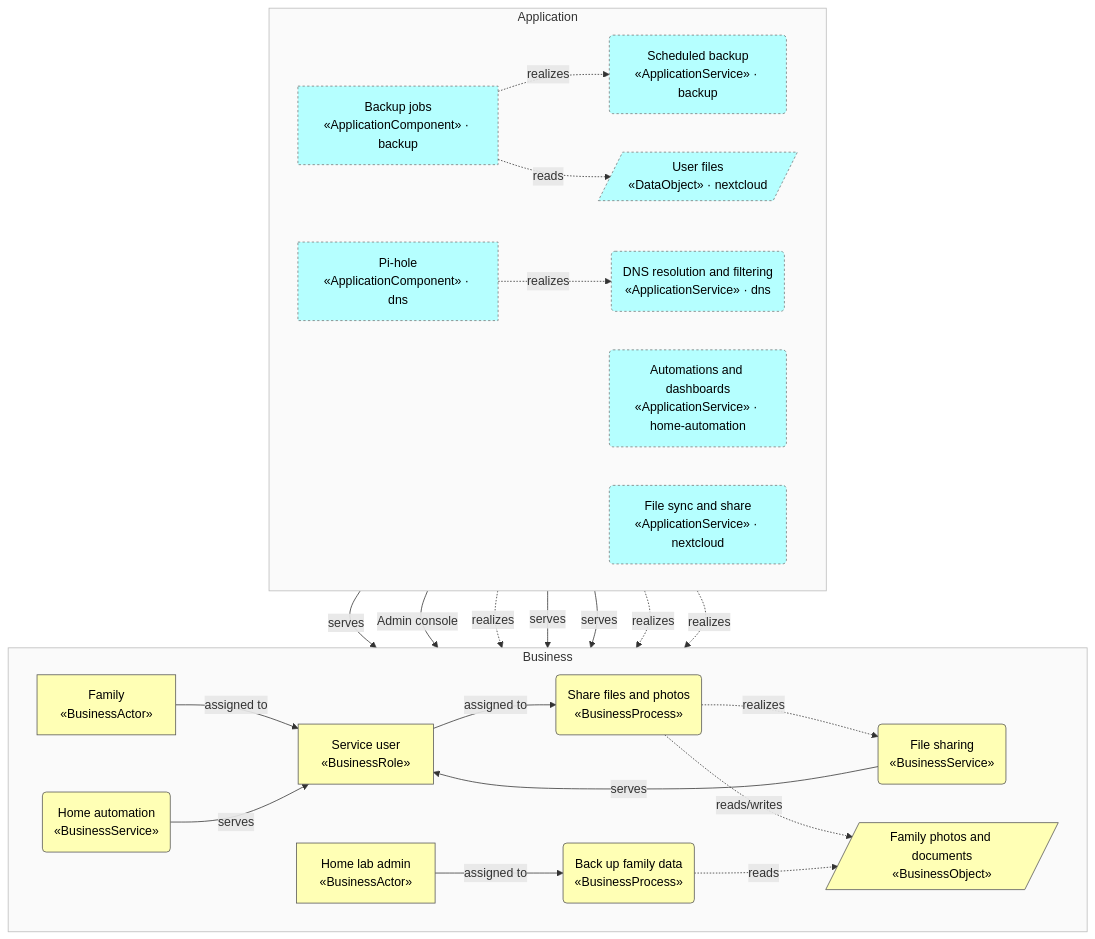
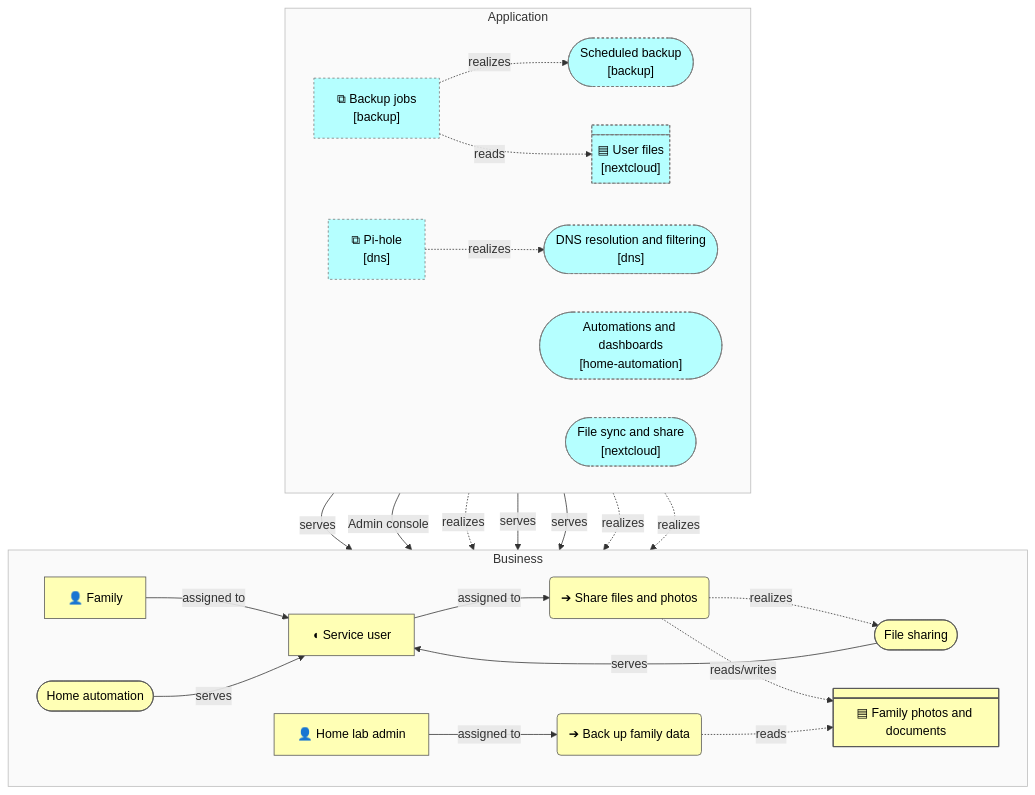
Before and after one commit to b-zig/a4m: the second of 3 diagrams in docs/enterprise/view-business.md, drawn with Mermaid. The commit also changed other lines of this file and 15 other files, not shown here.

First line of the commit message:
Approximate ArchiMate notation in Mermaid flowcharts

````diff
--- a/docs/enterprise/view-business.md
+++ b/docs/enterprise/view-business.md
@@ -68,50 +70,50 @@
 ```mermaid
 flowchart TB
   subgraph layer_business["Business"]
     direction LR
-    bus_family["Family<br/>«BusinessActor»"]
-    bus_admin["Home lab admin<br/>«BusinessActor»"]
-    bus_role_user["Service user<br/>«BusinessRole»"]
-    bus_proc_share("Share files and photos<br/>«BusinessProcess»")
-    bus_proc_backup("Back up family data<br/>«BusinessProcess»")
-    bus_svc_file_sharing("File sharing<br/>«BusinessService»")
-    bus_svc_automation("Home automation<br/>«BusinessService»")
-    bus_obj_photos[/"Family photos and documents<br/>«BusinessObject»"/]
+    bus_family@{ shape: rect, label: "👤 Family" }
+    bus_admin@{ shape: rect, label: "👤 Home lab admin" }
+    bus_role_user@{ shape: rect, label: "◖ Service user" }
+    bus_proc_share@{ shape: rounded, label: "➔ Share files and photos" }
+    bus_proc_backup@{ shape: rounded, label: "➔ Back up family data" }
+    bus_svc_file_sharing@{ shape: stadium, label: "File sharing" }
+    bus_svc_automation@{ shape: stadium, label: "Home automation" }
+    bus_obj_photos@{ shape: div-rect, label: "▤ Family photos and documents" }
   end
   subgraph layer_application["Application"]
     direction LR
-    backup__app_backup["Backup jobs<br/>«ApplicationComponent» · backup"]
-    backup__app_svc_backup("Scheduled backup<br/>«ApplicationService» · backup")
-    dns__app_pihole["Pi-hole<br/>«ApplicationComponent» · dns"]
-    dns__app_svc_dns("DNS resolution and filtering<br/>«ApplicationService» · dns")
-    home_automation__app_svc_automation("Automations and dashboards<br/>«ApplicationService» · home-automation")
-    nextcloud__app_data_files[/"User files<br/>«DataObject» · nextcloud"/]
-    nextcloud__app_svc_file_sync("File sync and share<br/>«ApplicationService» · nextcloud")
+    backup__app_backup@{ shape: rect, label: "⧉ Backup jobs<br/>[backup]" }
+    backup__app_svc_backup@{ shape: stadium, label: "Scheduled backup<br/>[backup]" }
+    dns__app_pihole@{ shape: rect, label: "⧉ Pi-hole<br/>[dns]" }
+    dns__app_svc_dns@{ shape: stadium, label: "DNS resolution and filtering<br/>[dns]" }
+    home_automation__app_svc_automation@{ shape: stadium, label: "Automations and dashboards<br/>[home-automation]" }
+    nextcloud__app_data_files@{ shape: div-rect, label: "▤ User files<br/>[nextcloud]" }
+    nextcloud__app_svc_file_sync@{ shape: stadium, label: "File sync and share<br/>[nextcloud]" }
   end
   bus_family -->|"assigned to"| bus_role_user
   bus_role_user -->|"assigned to"| bus_proc_share
   bus_admin -->|"assigned to"| bus_proc_backup
   bus_proc_share -.->|"realizes"| bus_svc_file_sharing
   bus_svc_file_sharing -->|"serves"| bus_role_user
   bus_svc_automation -->|"serves"| bus_role_user
   bus_proc_share -.->|"reads/writes"| bus_obj_photos
   bus_proc_backup -.->|"reads"| bus_obj_photos
   backup__app_backup -.->|"realizes"| backup__app_svc_backup
   backup__app_svc_backup -->|"serves"| bus_proc_backup
   backup__app_backup -.->|"reads"| nextcloud__app_data_files
   dns__app_pihole -.->|"realizes"| dns__app_svc_dns
   dns__app_svc_dns -->|"Admin console"| bus_admin
   home_automation__app_svc_automation -.->|"realizes"| bus_svc_automation
   home_automation__app_svc_automation -->|"serves"| bus_role_user
   nextcloud__app_svc_file_sync -->|"serves"| bus_proc_share
   nextcloud__app_svc_file_sync -.->|"realizes"| bus_svc_file_sharing
   nextcloud__app_data_files -.->|"realizes"| bus_obj_photos
   classDef business fill:#FFFFB5,stroke:#555,color:#000
   class bus_family,bus_admin,bus_role_user,bus_proc_share,bus_proc_backup,bus_svc_file_sharing,bus_svc_automation,bus_obj_photos business
   style layer_business fill:#fafafa,stroke:#bbb
   classDef application fill:#B5FFFF,stroke:#555,color:#000
   class backup__app_backup,backup__app_svc_backup,dns__app_pihole,dns__app_svc_dns,home_automation__app_svc_automation,nextcloud__app_data_files,nextcloud__app_svc_file_sync application
   style layer_application fill:#fafafa,stroke:#bbb
   classDef foreign stroke:#777,stroke-dasharray:3 3
   class backup__app_backup,backup__app_svc_backup,dns__app_pihole,dns__app_svc_dns,home_automation__app_svc_automation,nextcloud__app_data_files,nextcloud__app_svc_file_sync foreign
 ```
````
